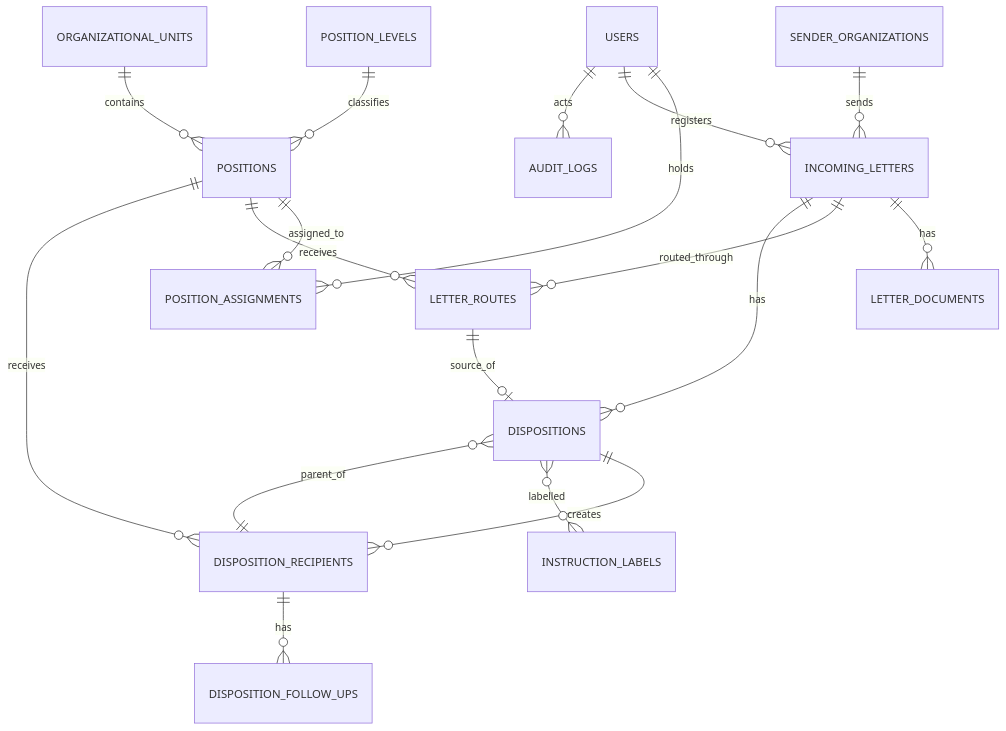
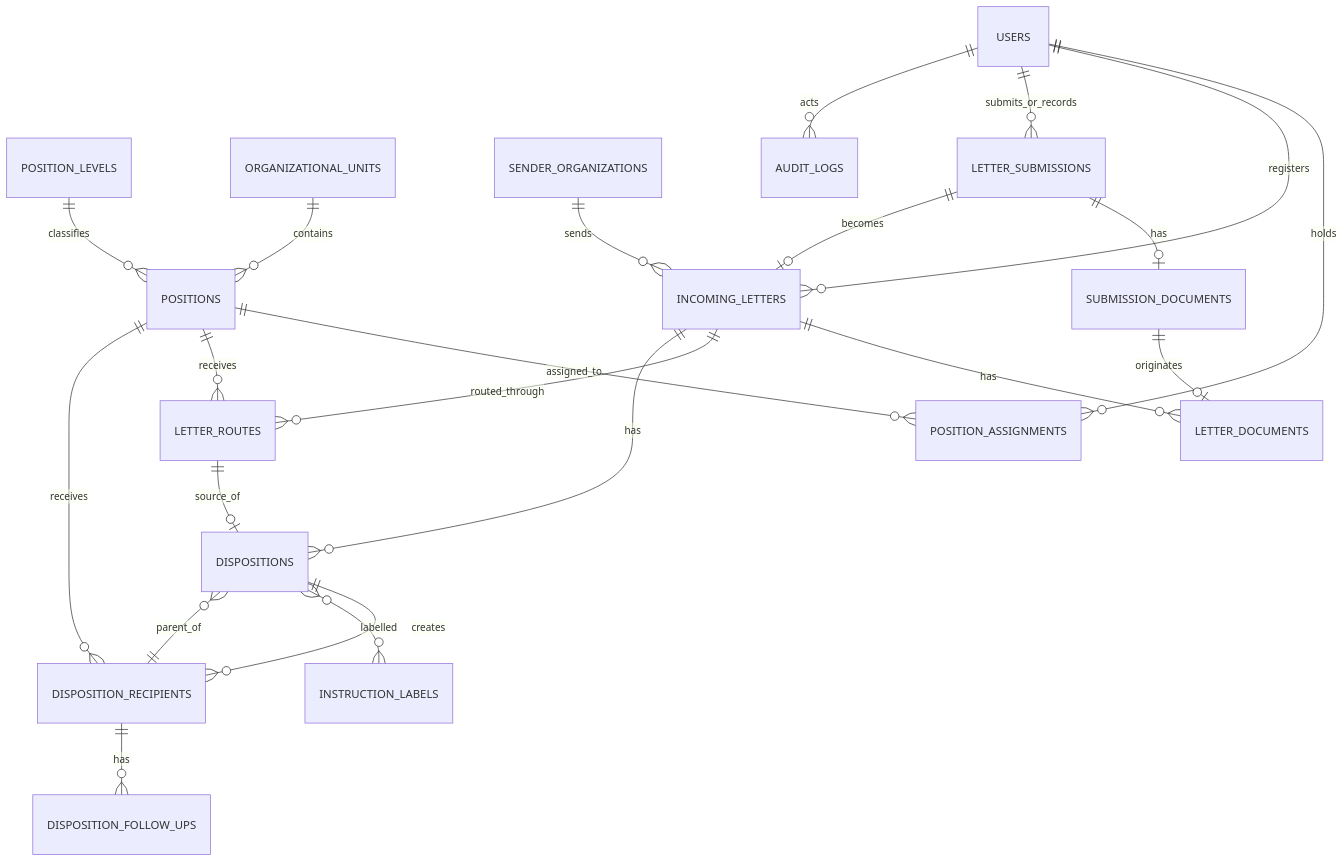
Before and after one commit to ARSAL21/system-disposisi-surat: the diagram in database-schema.md, drawn with Mermaid. The commit also changed other lines of this file and 81 other files, not shown here.

````diff
--- a/database-schema.md
+++ b/database-schema.md
@@ -53,28 +53,33 @@
 ```mermaid
 erDiagram
     USERS ||--o{ POSITION_ASSIGNMENTS : holds
     POSITIONS ||--o{ POSITION_ASSIGNMENTS : assigned_to
     POSITION_LEVELS ||--o{ POSITIONS : classifies
     ORGANIZATIONAL_UNITS ||--o{ POSITIONS : contains
 
     SENDER_ORGANIZATIONS ||--o{ INCOMING_LETTERS : sends
     USERS ||--o{ INCOMING_LETTERS : registers
+
+    USERS ||--o{ LETTER_SUBMISSIONS : submits_or_records
+    LETTER_SUBMISSIONS ||--o| SUBMISSION_DOCUMENTS : has
+    LETTER_SUBMISSIONS ||--o| INCOMING_LETTERS : becomes
+    SUBMISSION_DOCUMENTS ||--o| LETTER_DOCUMENTS : originates
 
     INCOMING_LETTERS ||--o{ LETTER_DOCUMENTS : has
     INCOMING_LETTERS ||--o{ LETTER_ROUTES : routed_through
 
     POSITIONS ||--o{ LETTER_ROUTES : receives
 
     INCOMING_LETTERS ||--o{ DISPOSITIONS : has
     LETTER_ROUTES ||--o| DISPOSITIONS : source_of
     DISPOSITION_RECIPIENTS ||--o{ DISPOSITIONS : parent_of
 
     DISPOSITIONS ||--o{ DISPOSITION_RECIPIENTS : creates
     POSITIONS ||--o{ DISPOSITION_RECIPIENTS : receives
 
     DISPOSITIONS }o--o{ INSTRUCTION_LABELS : labelled
 
     DISPOSITION_RECIPIENTS ||--o{ DISPOSITION_FOLLOW_UPS : has
 
     USERS ||--o{ AUDIT_LOGS : acts
 ```
````
